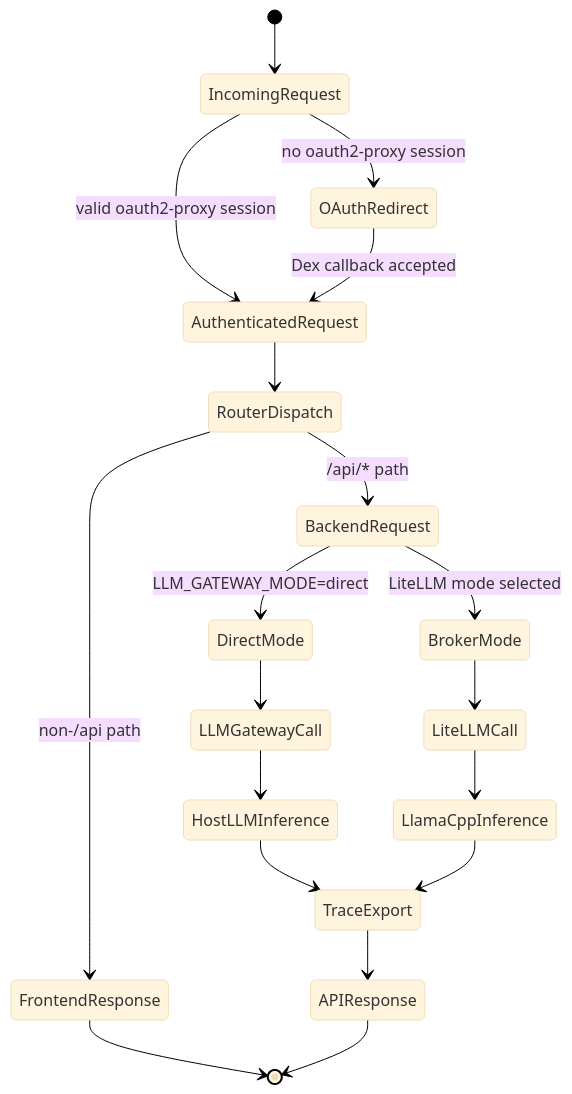
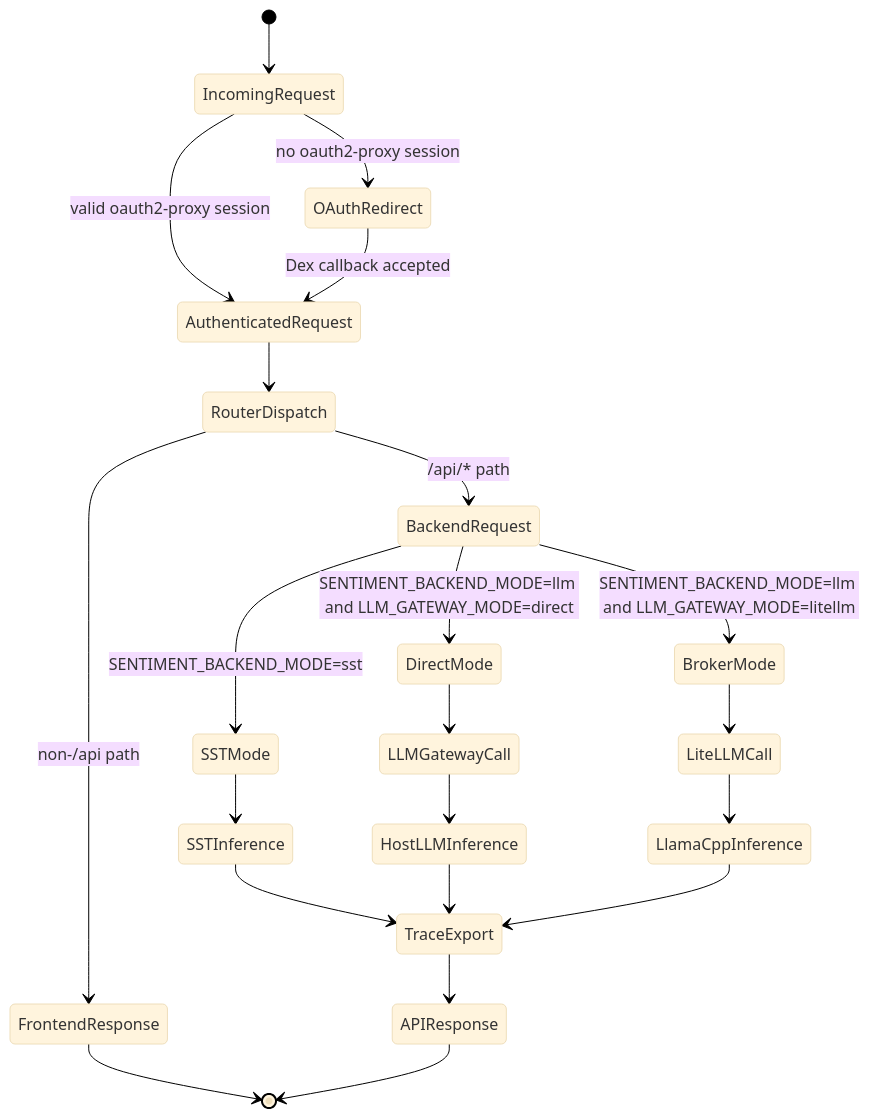
Before and after one commit to nickromney/platform: the diagram in terraform/kubernetes/docs/diagrams/apps-c4/05-state-sentiment-backend-mode.mmd, drawn with Mermaid. The commit also changed 176 other files, not shown here.

First line of the commit message:
Document sentiment architecture flow updates (#9)

```diff
--- a/terraform/kubernetes/docs/diagrams/apps-c4/05-state-sentiment-backend-mode.mmd
+++ b/terraform/kubernetes/docs/diagrams/apps-c4/05-state-sentiment-backend-mode.mmd
@@ -1,27 +1,30 @@
 %%{init: {"theme": "base", "themeVariables": {"background": "#ffffff"}}}%%
 stateDiagram-v2
     [*] --> IncomingRequest
 
     IncomingRequest --> OAuthRedirect : no oauth2-proxy session
     IncomingRequest --> AuthenticatedRequest : valid oauth2-proxy session
     OAuthRedirect --> AuthenticatedRequest : Dex callback accepted
 
     AuthenticatedRequest --> RouterDispatch
     RouterDispatch --> FrontendResponse : non-/api path
     RouterDispatch --> BackendRequest : /api/* path
 
-    BackendRequest --> DirectMode : LLM_GATEWAY_MODE=direct
-    BackendRequest --> BrokerMode : LiteLLM mode selected
+    BackendRequest --> SSTMode : SENTIMENT_BACKEND_MODE=sst
+    BackendRequest --> DirectMode : SENTIMENT_BACKEND_MODE=llm and LLM_GATEWAY_MODE=direct
+    BackendRequest --> BrokerMode : SENTIMENT_BACKEND_MODE=llm and LLM_GATEWAY_MODE=litellm
 
+    SSTMode --> SSTInference
+    SSTInference --> TraceExport
     DirectMode --> LLMGatewayCall
     LLMGatewayCall --> HostLLMInference
 
     BrokerMode --> LiteLLMCall
     LiteLLMCall --> LlamaCppInference
 
     HostLLMInference --> TraceExport
     LlamaCppInference --> TraceExport
     TraceExport --> APIResponse
 
     FrontendResponse --> [*]
     APIResponse --> [*]
```
